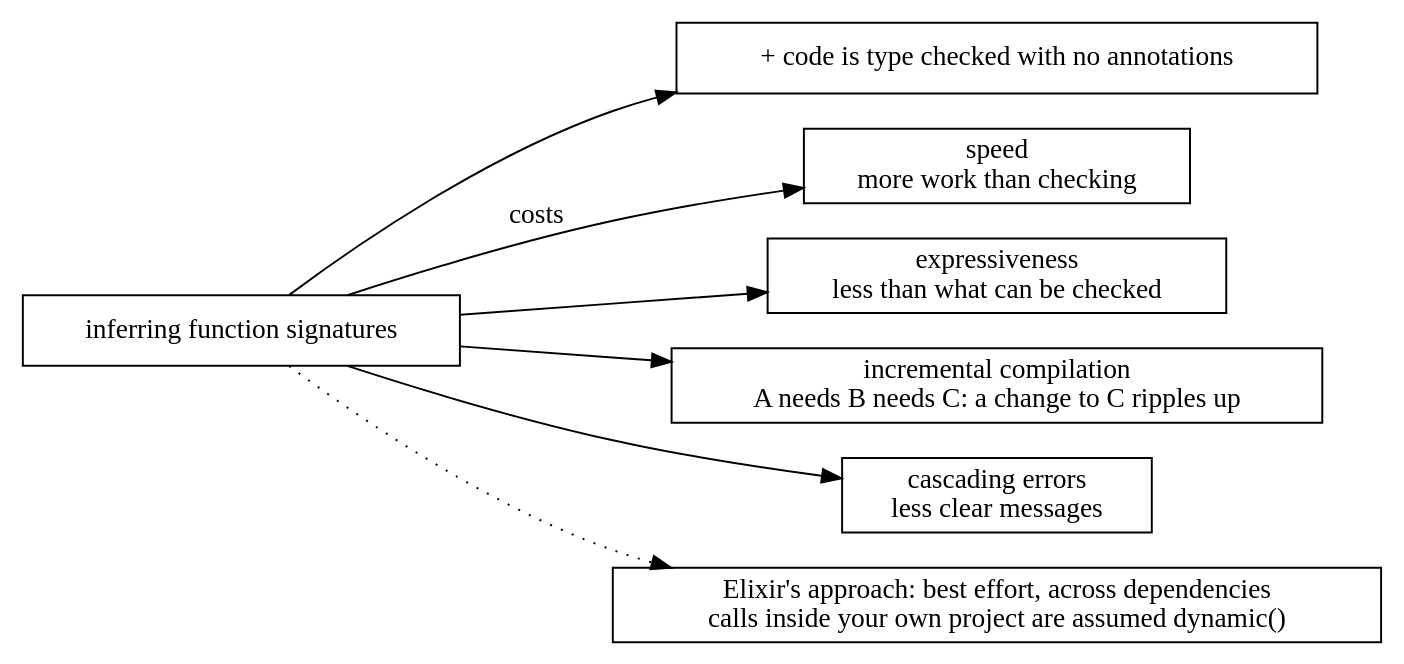
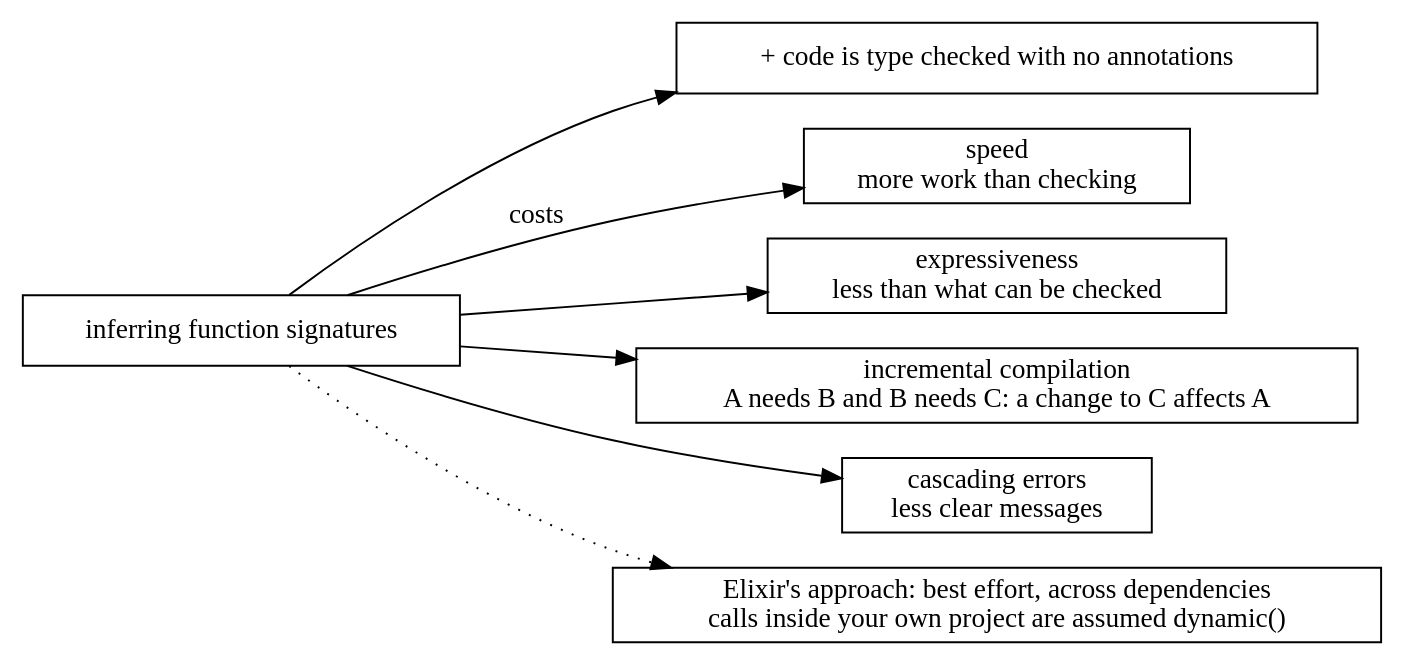
One commit to danceinthefake/visualixir changed the diagram in docs/diagrams/gradual-set-theoretic-types/inference.dot. Above: the diagram before and after it, drawn with Graphviz. The commit also changed 37 other files, not shown here.

```diff
--- a/docs/diagrams/gradual-set-theoretic-types/inference.dot
+++ b/docs/diagrams/gradual-set-theoretic-types/inference.dot
@@ -1,17 +1,17 @@
 digraph inference {
   rankdir=LR
   node [shape=box]
   hub [label="inferring function signatures" class=hl]
   benefit [label="+ code is type checked with no annotations" class=hl]
   sp [label="speed\nmore work than checking"]
   ex [label="expressiveness\nless than what can be checked"]
-  inc [label="incremental compilation\nA needs B needs C: a change to C ripples up"]
+  inc [label="incremental compilation\nA needs B and B needs C: a change to C affects A"]
   cas [label="cascading errors\nless clear messages"]
   plan [label="Elixir's approach: best effort, across dependencies\ncalls inside your own project are assumed dynamic()"]
   hub -> benefit
   hub -> sp [label=" costs"]
   hub -> ex
   hub -> inc
   hub -> cas
   hub -> plan [style=dotted]
 }
```
